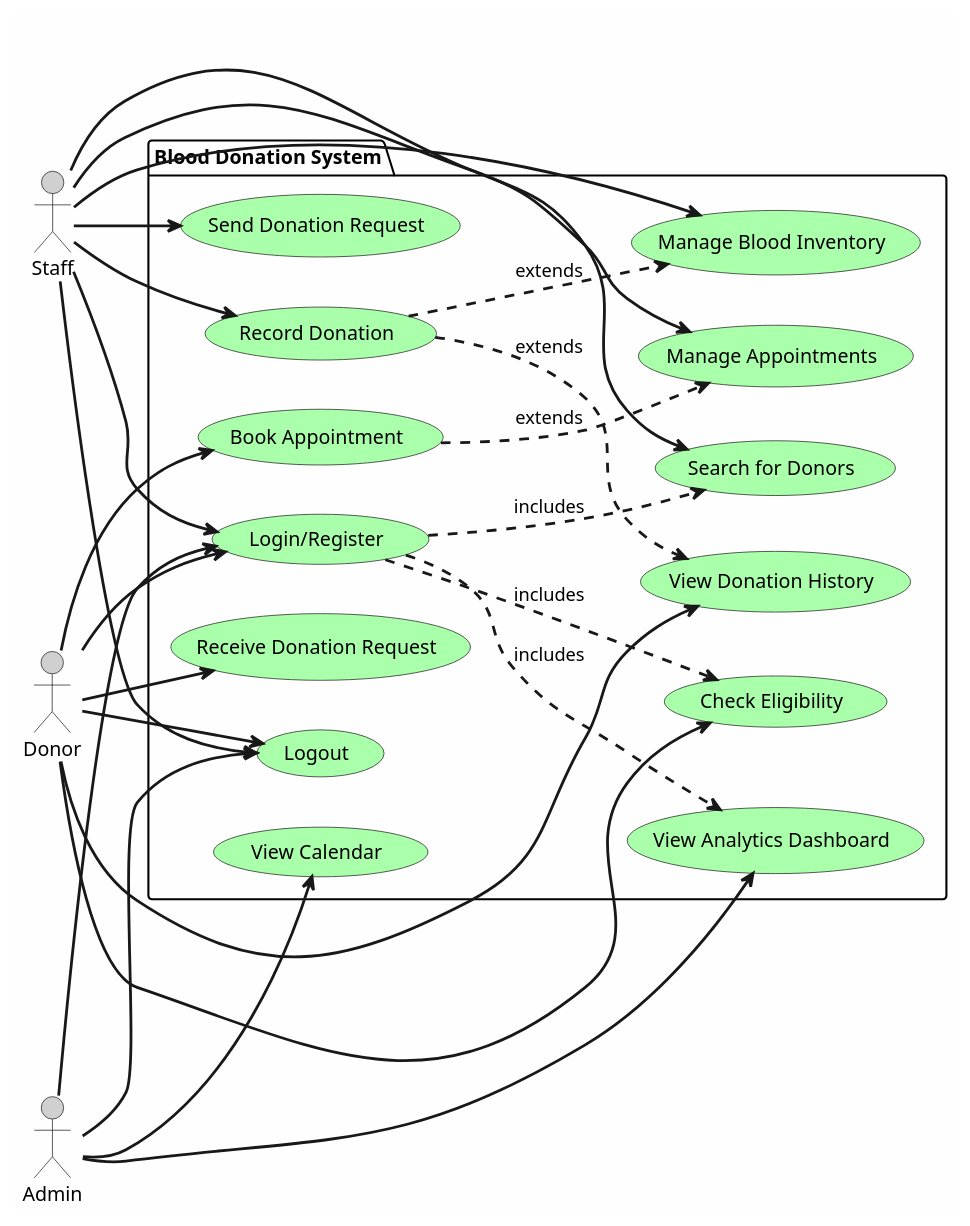
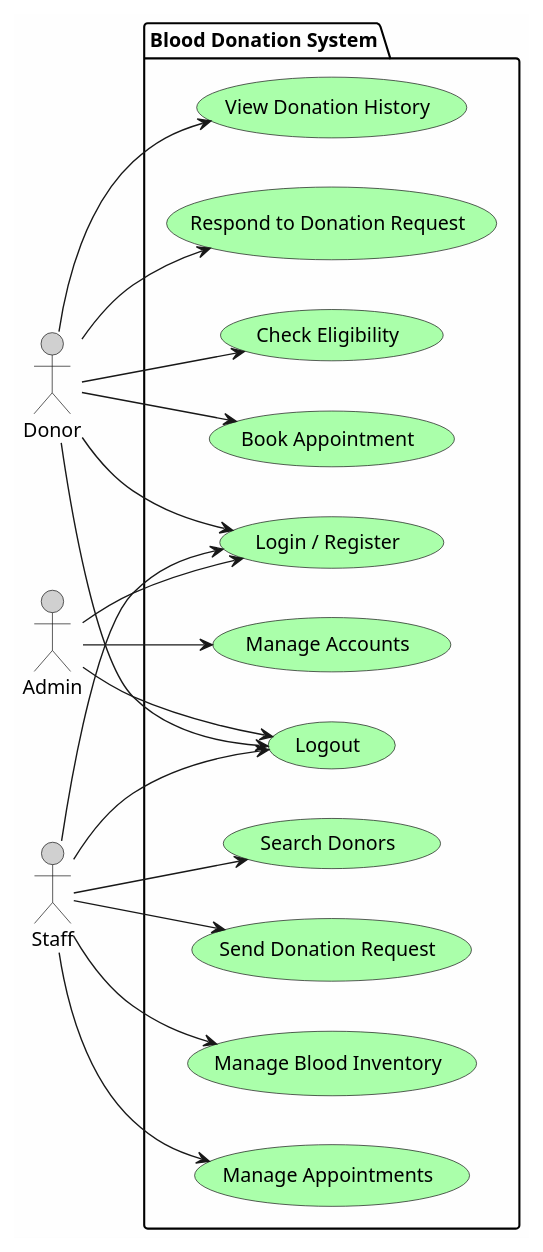
The diagram in docs/usecase_diagram.puml (H1tRecord/Blood-Donation-Management-System), drawn with PlantUML before and after one commit. The commit also changed 24 other files, not shown here.

```diff
--- a/docs/usecase_diagram.puml
+++ b/docs/usecase_diagram.puml
@@ -1,57 +1,44 @@
 @startuml UseCase_BloodDonationSystem
 skinparam style ubuntu
 skinparam backgroundColor #FEFEFE
 skinparam actorBackgroundColor #D0D0D0
 skinparam usecaseBackgroundColor #AAFFAA
-skinparam sequenceArrowThickness 2
 
 left to right direction
 
 actor Donor
 actor Staff
 actor Admin
 
 package "Blood Donation System" {
-    usecase UC1 as "Login/Register"
-    usecase UC2 as "Check Eligibility"
-    usecase UC3 as "Book Appointment"
-    usecase UC4 as "View Donation History"
-    usecase UC5 as "Receive Donation Request"
-    usecase UC6 as "Search for Donors"
-    usecase UC7 as "Manage Appointments"
-    usecase UC8 as "Send Donation Request"
-    usecase UC9 as "Manage Blood Inventory"
-    usecase UC10 as "Record Donation"
-    usecase UC11 as "View Analytics Dashboard"
-    usecase UC12 as "View Calendar"
-    usecase UC13 as "Logout"
+    usecase UC1  as "Login / Register"
+    usecase UC2  as "Check Eligibility"
+    usecase UC3  as "Book Appointment"
+    usecase UC4  as "View Donation History"
+    usecase UC5  as "Respond to Donation Request"
+    usecase UC6  as "Manage Appointments"
+    usecase UC7  as "Search Donors"
+    usecase UC8  as "Send Donation Request"
+    usecase UC9  as "Manage Blood Inventory"
+    usecase UC10 as "Manage Accounts"
+    usecase UC11 as "Logout"
 }
 
 Donor --> UC1
 Donor --> UC2
 Donor --> UC3
 Donor --> UC4
 Donor --> UC5
-Donor --> UC13
+Donor --> UC11
 
 Staff --> UC1
 Staff --> UC6
 Staff --> UC7
 Staff --> UC8
 Staff --> UC9
-Staff --> UC10
-Staff --> UC13
+Staff --> UC11
 
 Admin --> UC1
+Admin --> UC10
 Admin --> UC11
-Admin --> UC12
-Admin --> UC13
-
-UC1 ..> UC2 : includes
-UC1 ..> UC6 : includes
-UC1 ..> UC11 : includes
-
-UC3 ..> UC7 : extends
-UC10 ..> UC9 : extends
-UC10 ..> UC4 : extends
 @enduml
```
